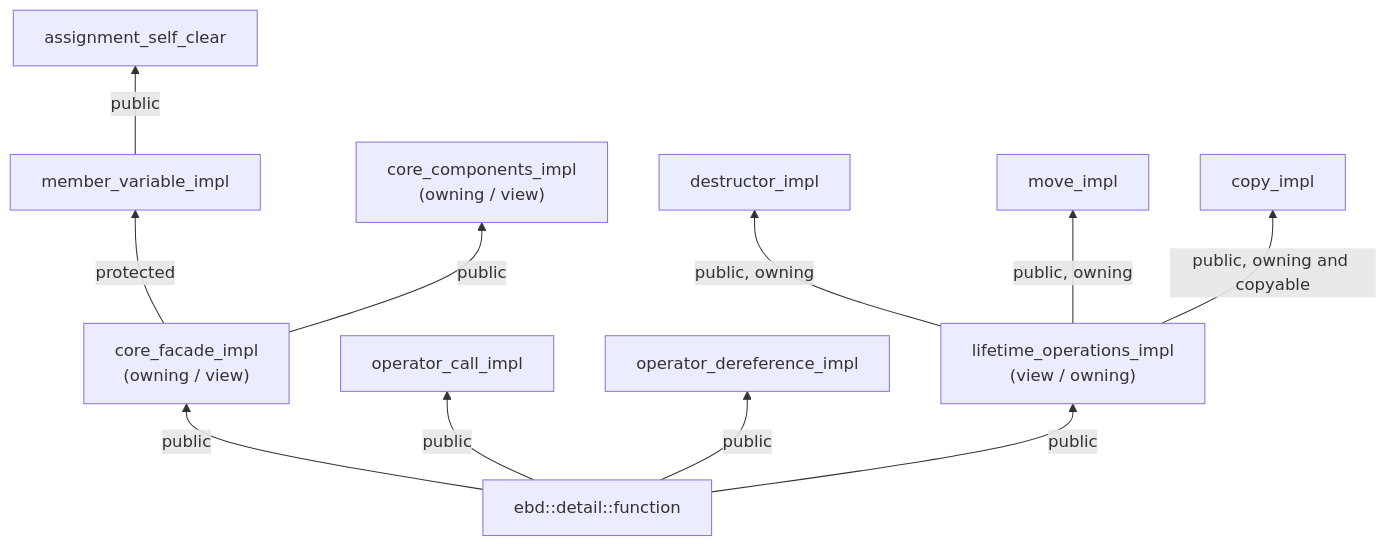
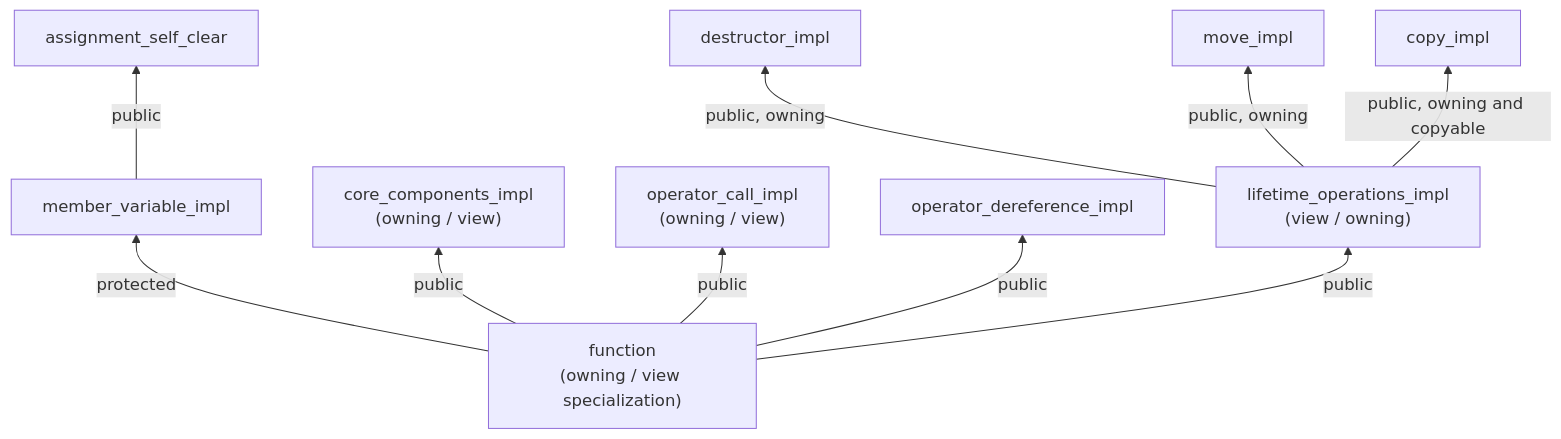
One commit to Kim-J-Smith/Embedded-Function changed the diagram in docs/api/detail/function.md. Above: the diagram before and after it, drawn with Mermaid. The commit also changed other lines of this file and 3 other files, not shown here.

First line of the commit message:
Remove `core_facade_impl` for better diagnostic. (#239)

````diff
--- a/docs/api/detail/function.md
+++ b/docs/api/detail/function.md
@@ -13,25 +13,23 @@
 ```mermaid
 graph BT;
-  F["ebd::detail::function"]
-  CF["core_facade_impl<br/>(owning / view)"]
+  F["function<br/>(owning / view specialization)"]
   MV["member_variable_impl"]
   CC["core_components_impl<br/>(owning / view)"]
   ASC["assignment_self_clear"]
-  OC["operator_call_impl"]
+  OC["operator_call_impl<br/>(owning / view)"]
   OD["operator_dereference_impl"]
   LO["lifetime_operations_impl<br/>(view / owning)"]
   D["destructor_impl"]
   M["move_impl"]
   C["copy_impl"]
 
-  F -->|public| CF
+  F -->|protected| MV
+  F -->|public| CC
   F -->|public| OC
   F -->|public| OD
   F -->|public| LO
-  CF -->|protected| MV
-  CF -->|public| CC
   MV -->|public| ASC
   LO -->|public, owning| D
   LO -->|public, owning| M
   LO -->|public, owning and copyable| C
 ```
````
